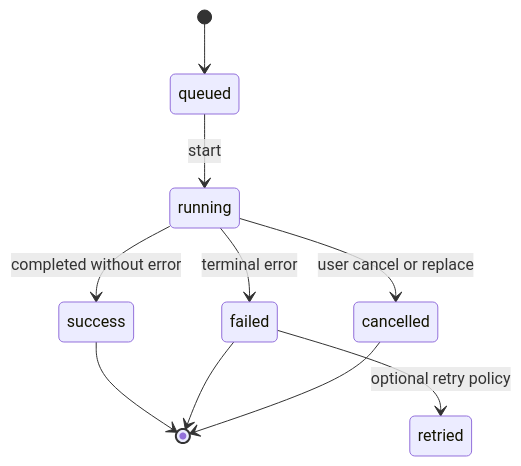
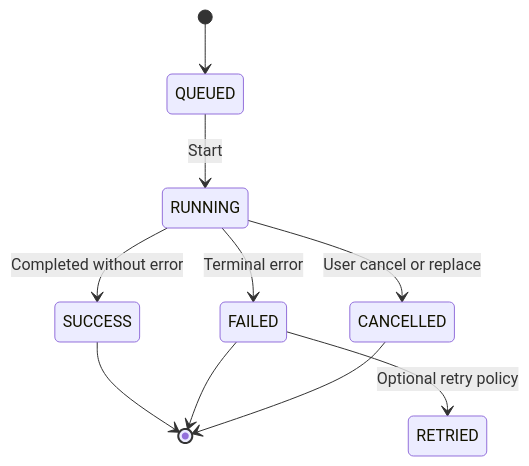
One commit to d4551/vertu-edge changed the third of 6 diagrams in README.md. Above: the diagram before and after it, drawn with Mermaid. The commit also changed other lines of this file, not shown here.

Commit message:
docs: stabilize Mermaid charts in bilingual README

````diff
--- a/README.md
+++ b/README.md
@@ -203,12 +203,12 @@
 ```mermaid
 stateDiagram-v2
-    [*] --> queued
-    queued --> running : start
-    running --> success : completed without error
-    running --> failed : terminal error
-    running --> cancelled : user cancel or replace
-    failed --> retried : optional retry policy
-    success --> [*]
-    failed --> [*]
-    cancelled --> [*]
+    [*] --> QUEUED
+    QUEUED --> RUNNING : Start
+    RUNNING --> SUCCESS : Completed without error
+    RUNNING --> FAILED : Terminal error
+    RUNNING --> CANCELLED : User cancel or replace
+    FAILED --> RETRIED : Optional retry policy
+    SUCCESS --> [*]
+    FAILED --> [*]
+    CANCELLED --> [*]
 ```
````
